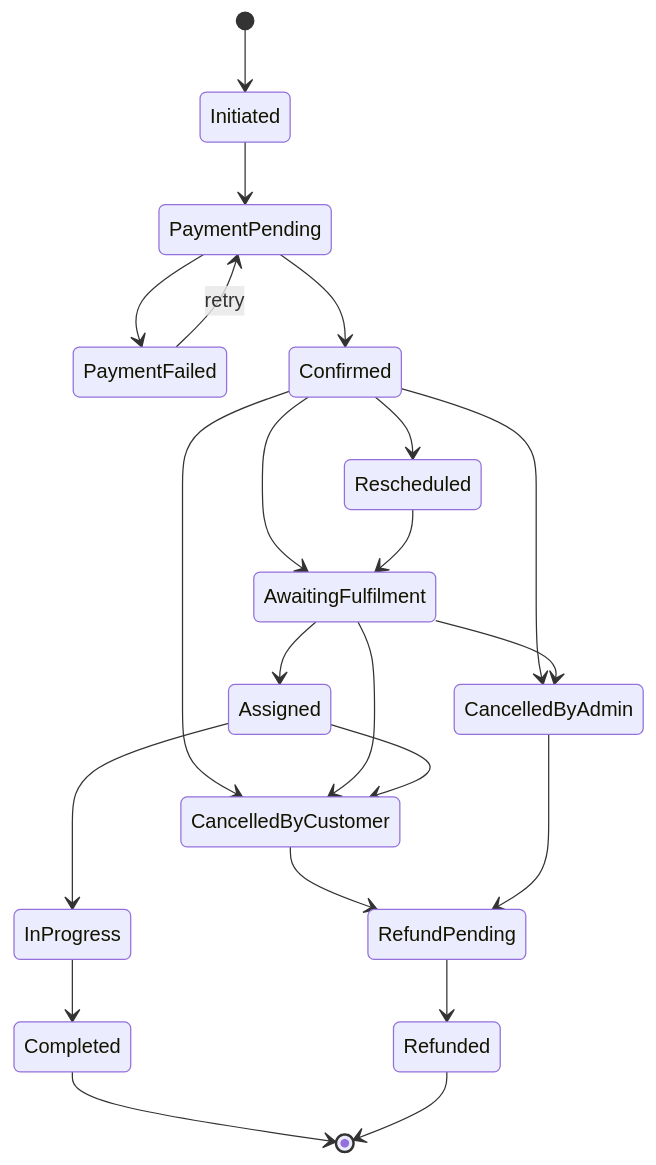
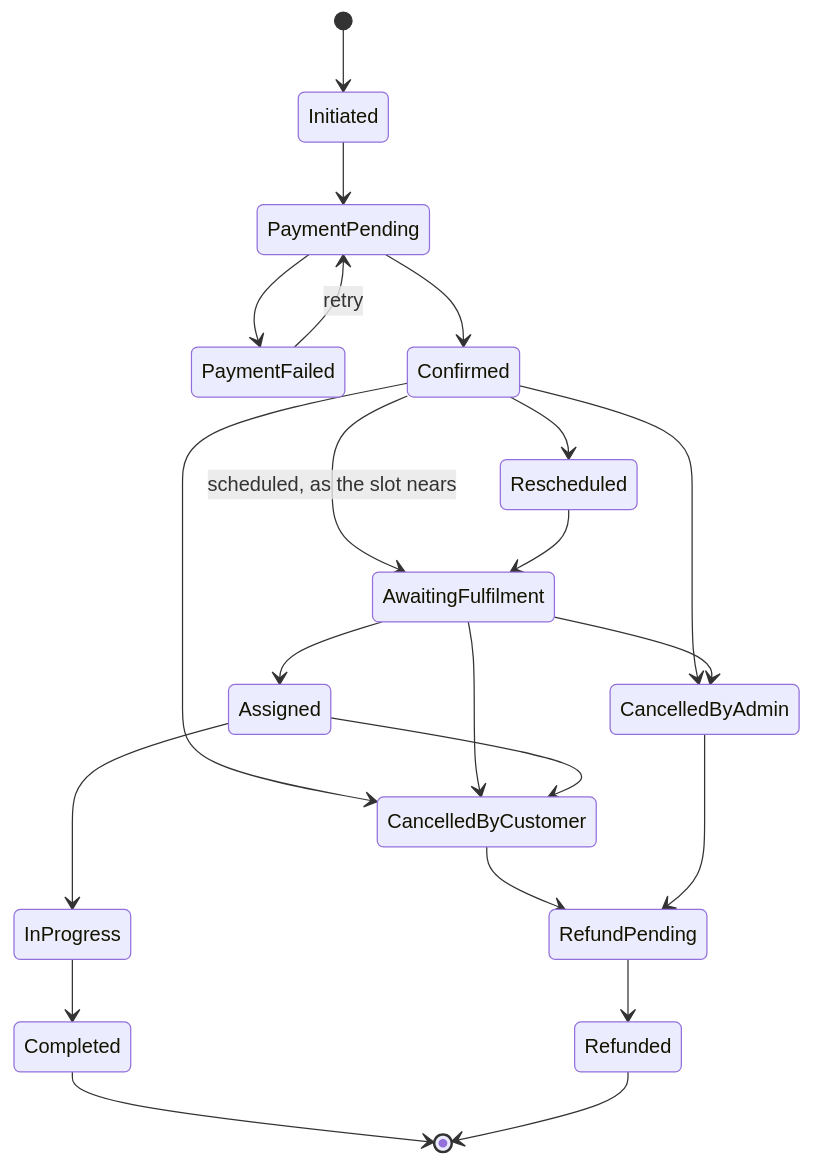
The fourth of 9 diagrams in docs/WORKFLOW.md (SantoshGitlab/nestly), drawn with Mermaid before and after one commit. The commit also changed 16 other files, not shown here.

````diff
--- a/docs/WORKFLOW.md
+++ b/docs/WORKFLOW.md
@@ -127,24 +127,24 @@
 ```mermaid
 stateDiagram-v2
     [*] --> Initiated
     Initiated --> PaymentPending
     PaymentPending --> PaymentFailed
     PaymentPending --> Confirmed
     PaymentFailed --> PaymentPending: retry
-    Confirmed --> AwaitingFulfilment
+    Confirmed --> AwaitingFulfilment: scheduled, as the slot nears
     AwaitingFulfilment --> Assigned
     Assigned --> InProgress
     InProgress --> Completed
     Confirmed --> CancelledByCustomer
     AwaitingFulfilment --> CancelledByCustomer
     Assigned --> CancelledByCustomer
     Confirmed --> CancelledByAdmin
     AwaitingFulfilment --> CancelledByAdmin
     Confirmed --> Rescheduled
     Rescheduled --> AwaitingFulfilment
     CancelledByCustomer --> RefundPending
     CancelledByAdmin --> RefundPending
     RefundPending --> Refunded
     Completed --> [*]
     Refunded --> [*]
 ```
````
